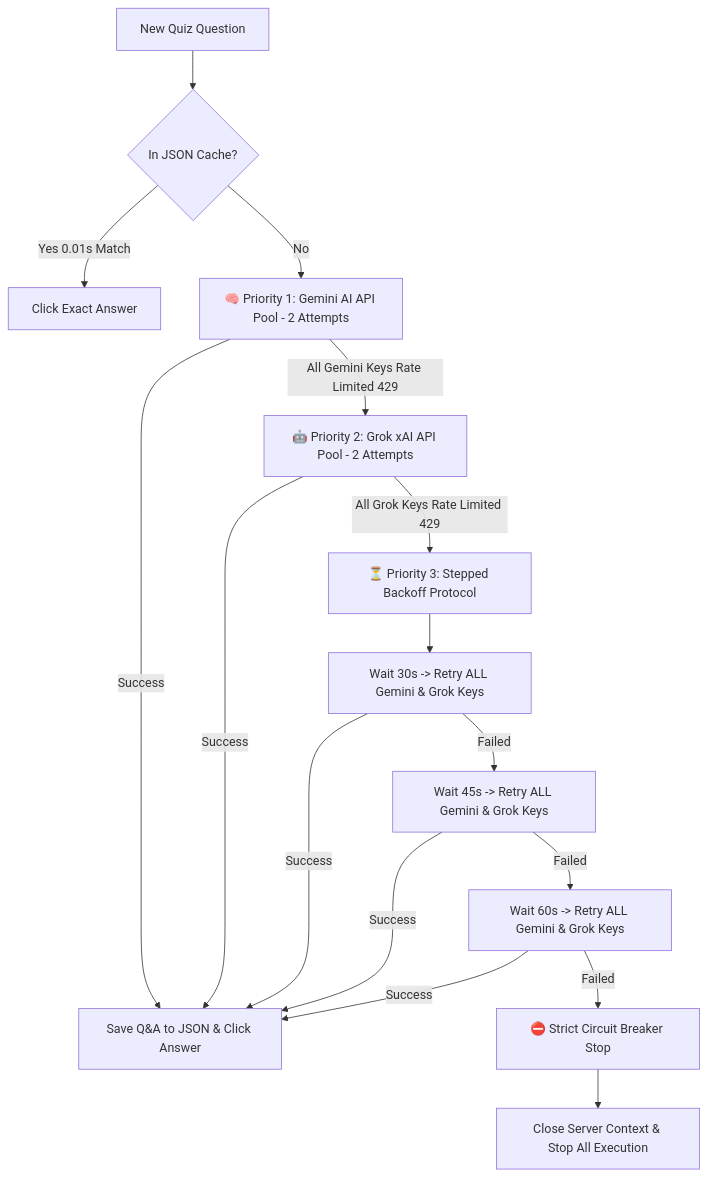
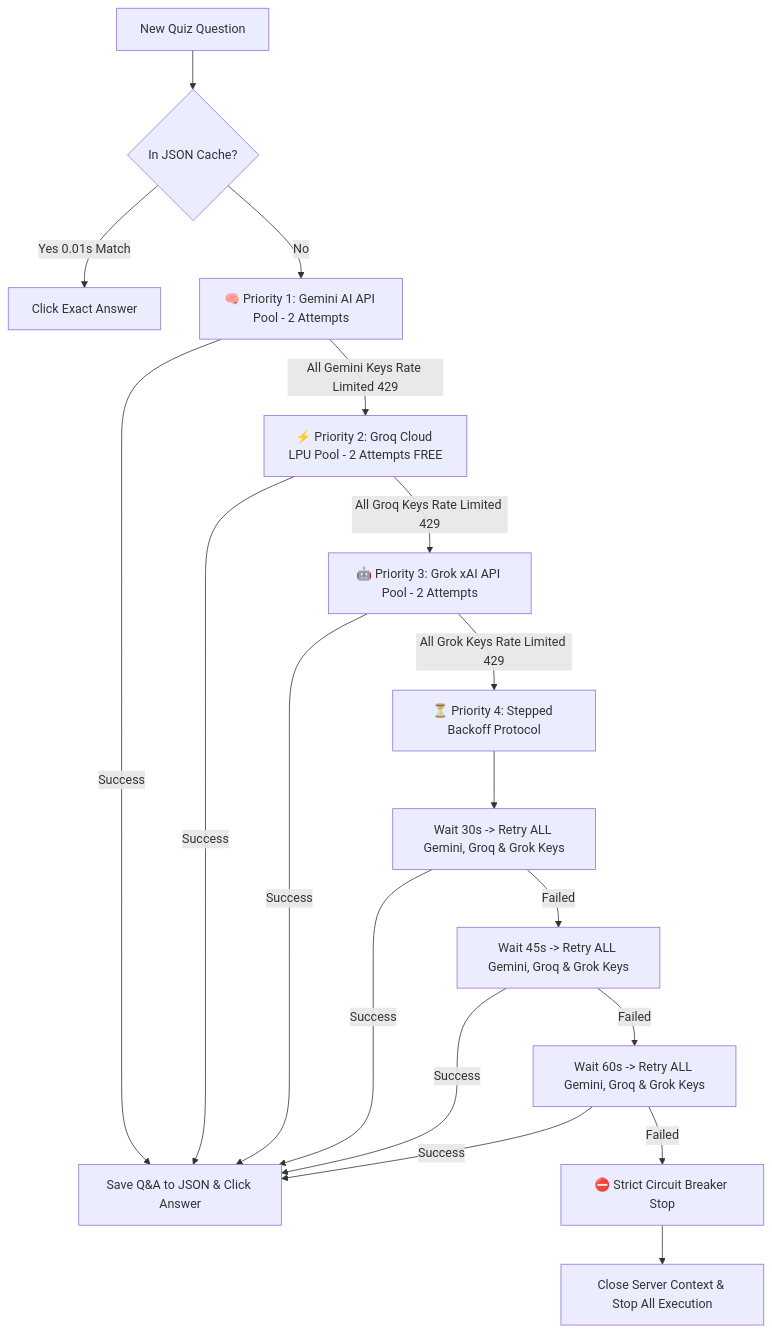
One commit to thechandrax/DikshaPlus-Automation-Suite changed the diagram in docs/07_DUAL_AI_SOLVER_AND_BACKOFF_LOGS_GUIDE.md. Above: the diagram before and after it, drawn with Mermaid. The commit also changed other lines of this file and 1 other file, not shown here.

Commit message:
Engine & Docs: Update Groq model rotation to flagship production models (gpt-oss-120b, gpt-oss-20b, llama-3.3-70b) and update docs

````diff
--- a/docs/07_DUAL_AI_SOLVER_AND_BACKOFF_LOGS_GUIDE.md
+++ b/docs/07_DUAL_AI_SOLVER_AND_BACKOFF_LOGS_GUIDE.md
@@ -21,21 +21,24 @@
 ```mermaid
 flowchart TD
     A[New Quiz Question] --> B{In JSON Cache?}
     B -- Yes 0.01s Match --> C[Click Exact Answer]
     B -- No --> D[🧠 Priority 1: Gemini AI API Pool - 2 Attempts]
     
     D -- Success --> E[Save Q&A to JSON & Click Answer]
-    D -- All Gemini Keys Rate Limited 429 --> F[🤖 Priority 2: Grok xAI API Pool - 2 Attempts]
+    D -- All Gemini Keys Rate Limited 429 --> F[⚡ Priority 2: Groq Cloud LPU Pool - 2 Attempts FREE]
     
     F -- Success --> E
-    F -- All Grok Keys Rate Limited 429 --> G[⏳ Priority 3: Stepped Backoff Protocol]
+    F -- All Groq Keys Rate Limited 429 --> G[🤖 Priority 3: Grok xAI API Pool - 2 Attempts]
     
-    G --> H[Wait 30s -> Retry ALL Gemini & Grok Keys]
-    H -- Success --> E
-    H -- Failed --> I[Wait 45s -> Retry ALL Gemini & Grok Keys]
+    G -- Success --> E
+    G -- All Grok Keys Rate Limited 429 --> H[⏳ Priority 4: Stepped Backoff Protocol]
+    
+    H --> I[Wait 30s -> Retry ALL Gemini, Groq & Grok Keys]
     I -- Success --> E
-    I -- Failed --> J[Wait 60s -> Retry ALL Gemini & Grok Keys]
+    I -- Failed --> J[Wait 45s -> Retry ALL Gemini, Groq & Grok Keys]
     J -- Success --> E
-    J -- Failed --> K[⛔ Strict Circuit Breaker Stop]
-    K --> L[Close Server Context & Stop All Execution]
+    J -- Failed --> K[Wait 60s -> Retry ALL Gemini, Groq & Grok Keys]
+    K -- Success --> E
+    K -- Failed --> L[⛔ Strict Circuit Breaker Stop]
+    L --> M[Close Server Context & Stop All Execution]
 ```
````
